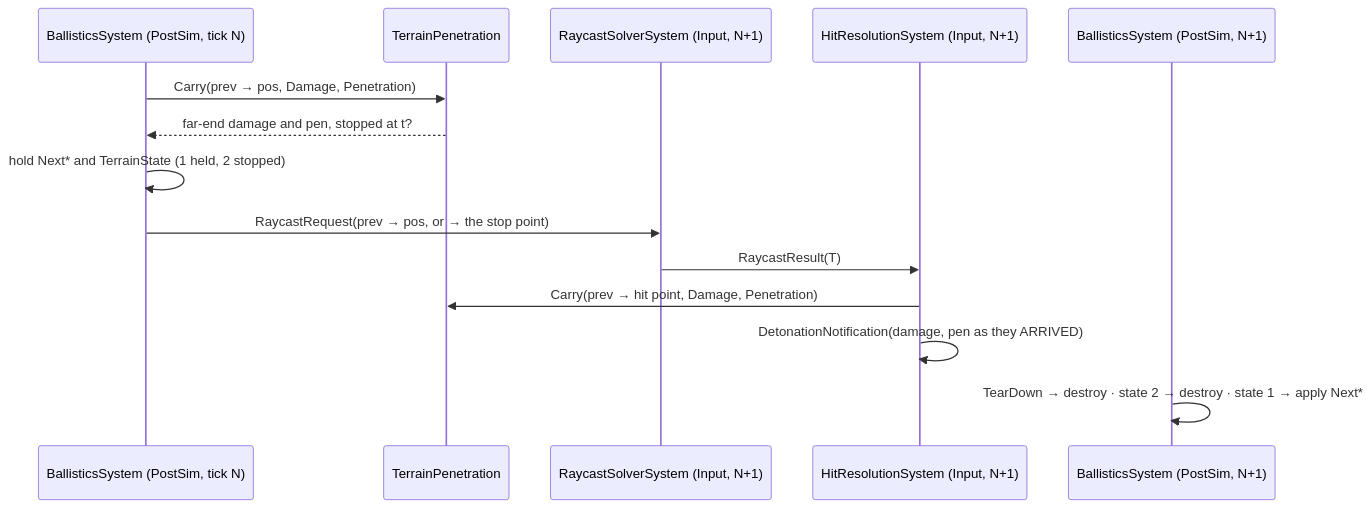
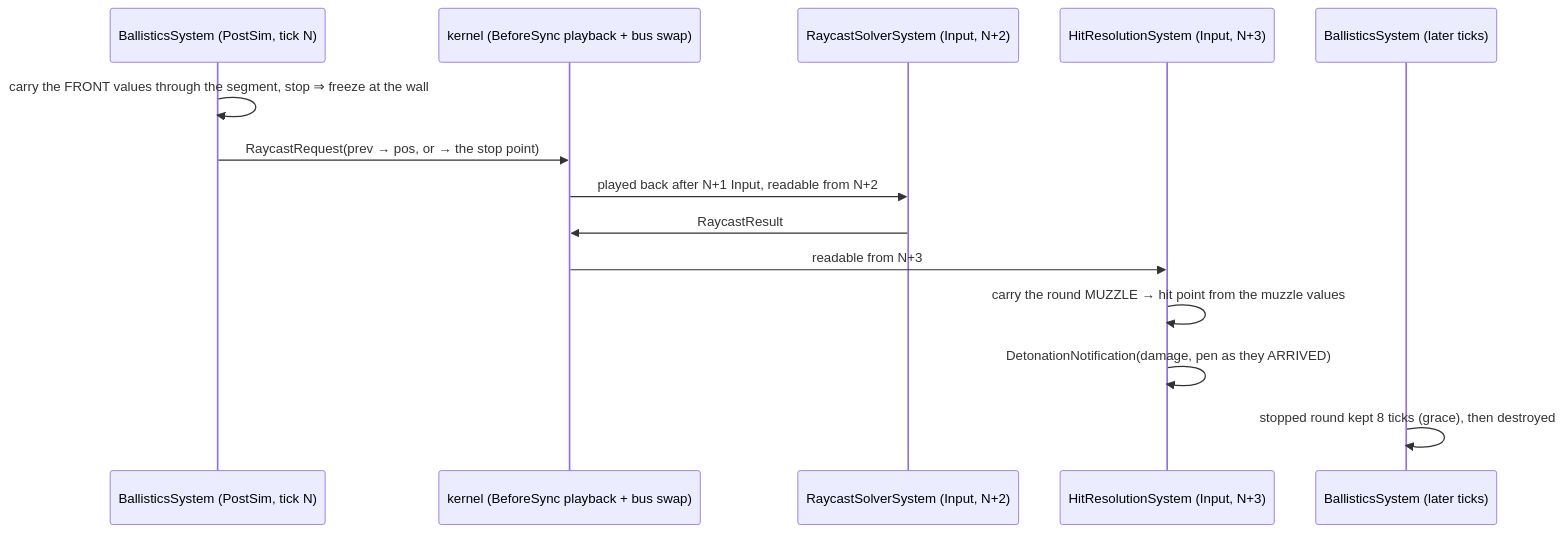
One commit to pjanec/HROT changed the seventh of 8 diagrams in docs/DESIGN_Building_Interiors.md. Above: the diagram before and after it, drawn with Mermaid. The commit also changed other lines of this file and 10 other files, not shown here.

````diff
--- a/docs/DESIGN_Building_Interiors.md
+++ b/docs/DESIGN_Building_Interiors.md
@@ -455,16 +455,16 @@
 ```mermaid
 sequenceDiagram
     participant B as BallisticsSystem (PostSim, tick N)
-    participant T as TerrainPenetration
-    participant R as RaycastSolverSystem (Input, N+1)
-    participant H as HitResolutionSystem (Input, N+1)
-    participant B2 as BallisticsSystem (PostSim, N+1)
-    B->>T: Carry(prev → pos, Damage, Penetration)
-    T-->>B: far-end damage and pen, stopped at t?
-    B->>B: hold Next* and TerrainState (1 held, 2 stopped)
-    B->>R: RaycastRequest(prev → pos, or → the stop point)
-    R->>H: RaycastResult(T)
-    H->>T: Carry(prev → hit point, Damage, Penetration)
+    participant K as kernel (BeforeSync playback + bus swap)
+    participant R as RaycastSolverSystem (Input, N+2)
+    participant H as HitResolutionSystem (Input, N+3)
+    participant B2 as BallisticsSystem (later ticks)
+    B->>B: carry the FRONT values through the segment, stop ⇒ freeze at the wall
+    B->>K: RaycastRequest(prev → pos, or → the stop point)
+    K->>R: played back after N+1 Input, readable from N+2
+    R->>K: RaycastResult
+    K->>H: readable from N+3
+    H->>H: carry the round MUZZLE → hit point from the muzzle values
     H->>H: DetonationNotification(damage, pen as they ARRIVED)
-    B2->>B2: TearDown → destroy · state 2 → destroy · state 1 → apply Next*
+    B2->>B2: stopped round kept 8 ticks (grace), then destroyed
 ```
````
